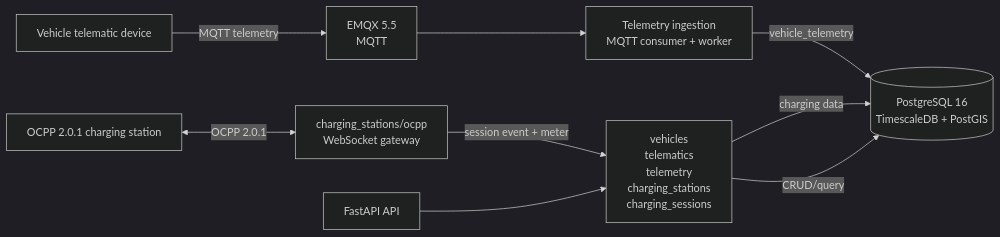
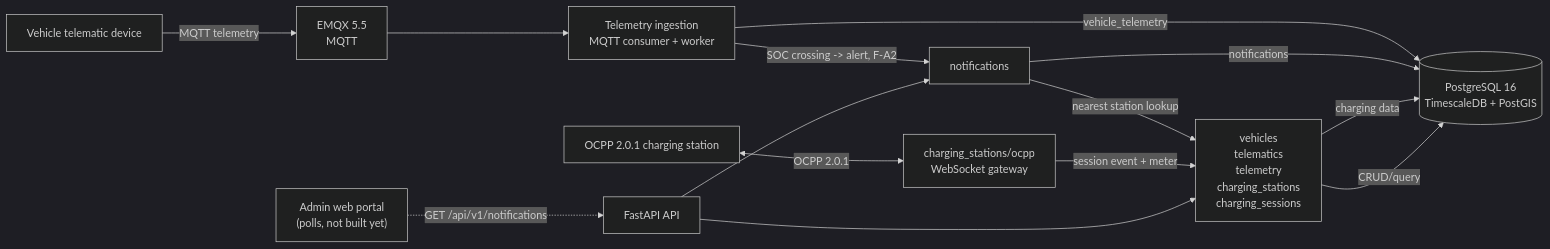
The diagram in docs/00-status/architecture.md (yolo-coccoc/G3Network-app), drawn with Mermaid (dark theme) before and after one commit. The commit also changed other lines of this file and 4 other files, not shown here.

````diff
--- a/docs/00-status/architecture.md
+++ b/docs/00-status/architecture.md
@@ -8,22 +8,29 @@
 ```mermaid
 flowchart LR
     Vehicle["Vehicle telematic device"]
     Station["OCPP 2.0.1 charging station"]
     Broker["EMQX 5.5\nMQTT"]
     Ingestion["Telemetry ingestion\nMQTT consumer + worker"]
     OCPP["charging_stations/ocpp\nWebSocket gateway"]
     API["FastAPI API"]
     Domains["vehicles\ntelematics\ntelemetry\ncharging_stations\ncharging_sessions"]
+    Notifications["notifications"]
     DB[("PostgreSQL 16\nTimescaleDB + PostGIS")]
+    Portal["Admin web portal\n(polls, not built yet)"]
 
     Vehicle -->|MQTT telemetry| Broker
     Broker --> Ingestion
     Ingestion -->|vehicle_telemetry| DB
+    Ingestion -->|SOC crossing -> alert, F-A2| Notifications
+    Notifications -->|nearest station lookup| Domains
+    Notifications -->|notifications| DB
 
     Station <-->|OCPP 2.0.1| OCPP
     OCPP -->|session event + meter| Domains
     Domains -->|charging data| DB
 
     API --> Domains
+    API --> Notifications
     Domains -->|CRUD/query| DB
+    Portal -.->|GET /api/v1/notifications| API
 ```
````
